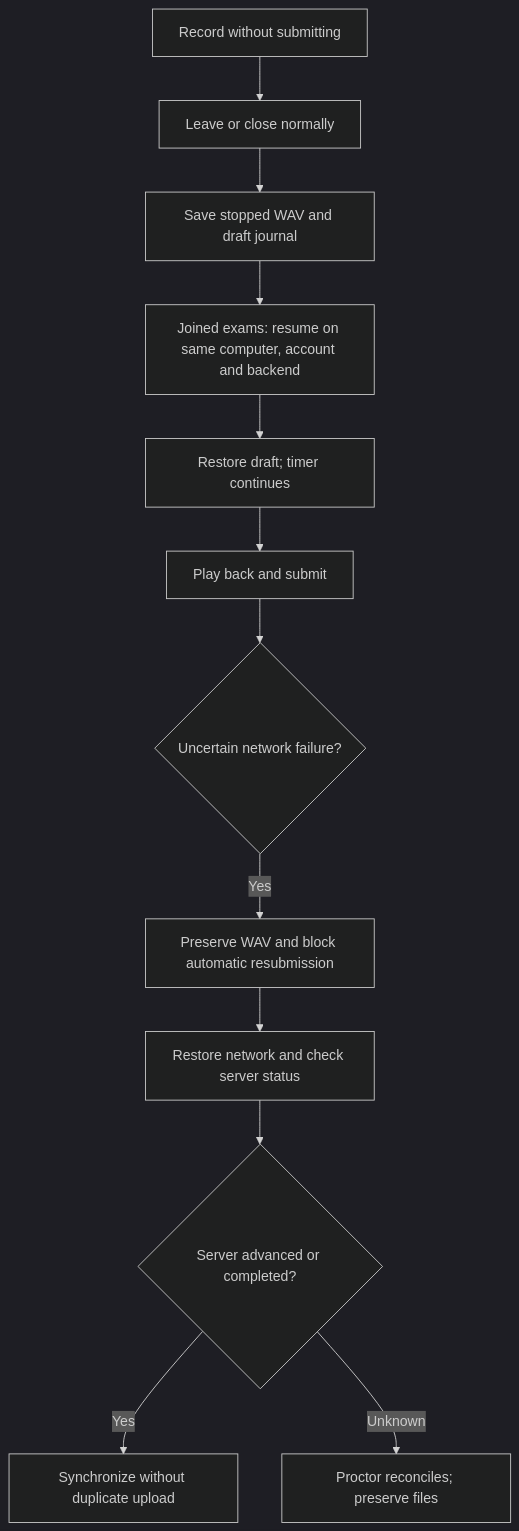
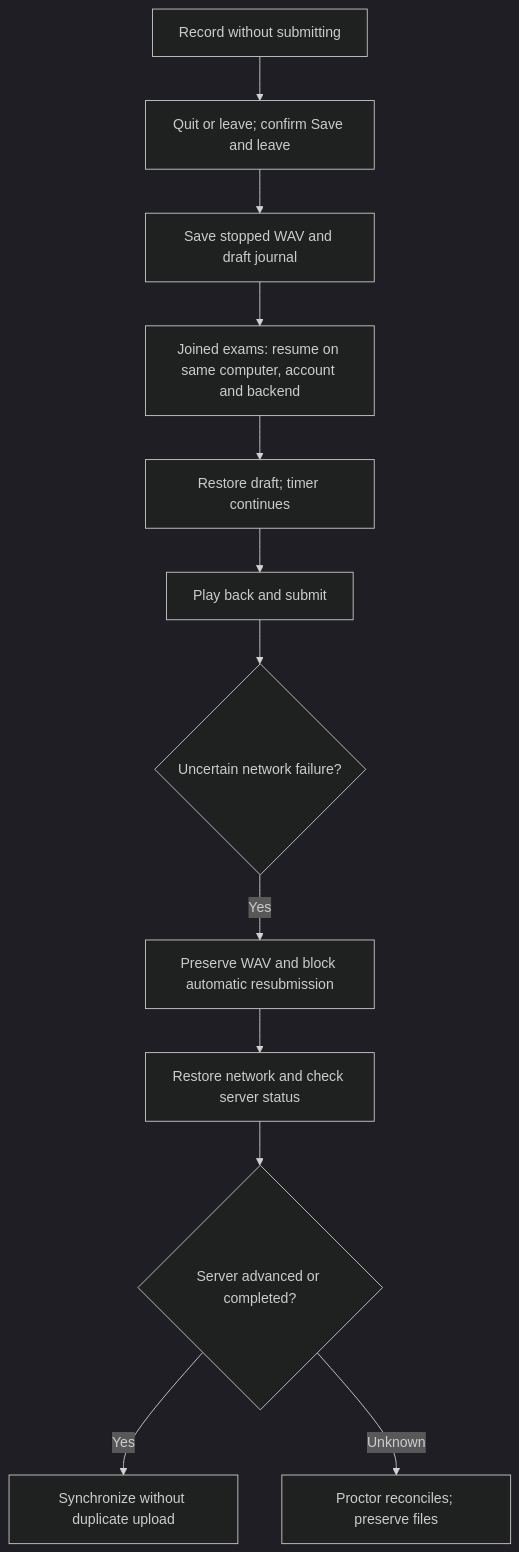
One commit to FExamOralTest/AIVES_FPT changed the second of 2 diagrams in docs/desktop-test-flows.md. Above: the diagram before and after it, drawn with Mermaid (dark theme). The commit also changed other lines of this file and 2 other files, not shown here.

````diff
--- a/docs/desktop-test-flows.md
+++ b/docs/desktop-test-flows.md
@@ -30,14 +30,14 @@
 ```mermaid
 flowchart TD
-  draft["Record without submitting"] --> close["Leave or close normally"]
+  draft["Record without submitting"] --> close["Quit or leave; confirm Save and leave"]
   close --> save["Save stopped WAV and draft journal"]
   save --> resume["Joined exams: resume on same computer, account and backend"]
   resume --> restore["Restore draft; timer continues"]
   restore --> upload["Play back and submit"]
   upload --> failure{"Uncertain network failure?"}
   failure -->|Yes| lock["Preserve WAV and block automatic resubmission"]
   lock --> check["Restore network and check server status"]
   check --> advanced{"Server advanced or completed?"}
   advanced -->|Yes| sync["Synchronize without duplicate upload"]
   advanced -->|Unknown| proctor["Proctor reconciles; preserve files"]
 ```
````
